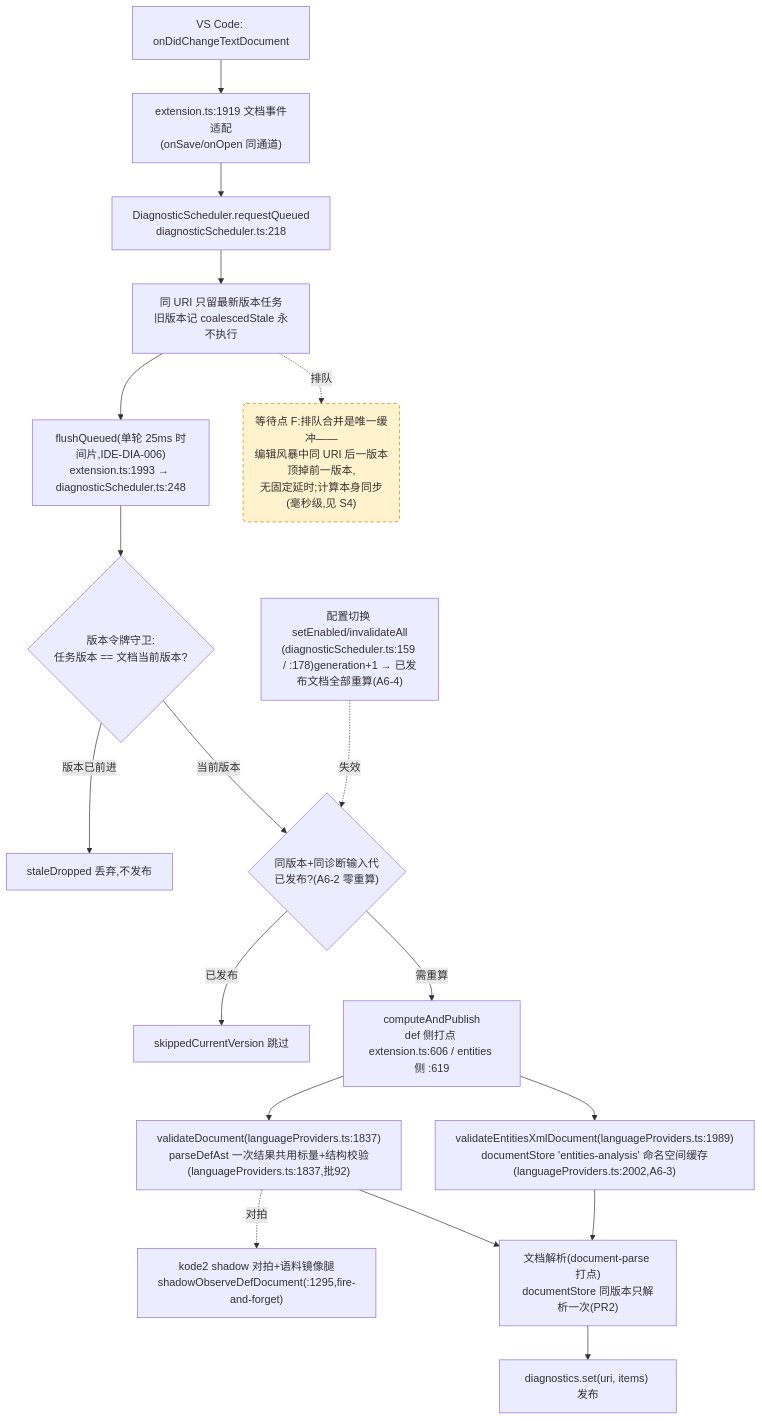
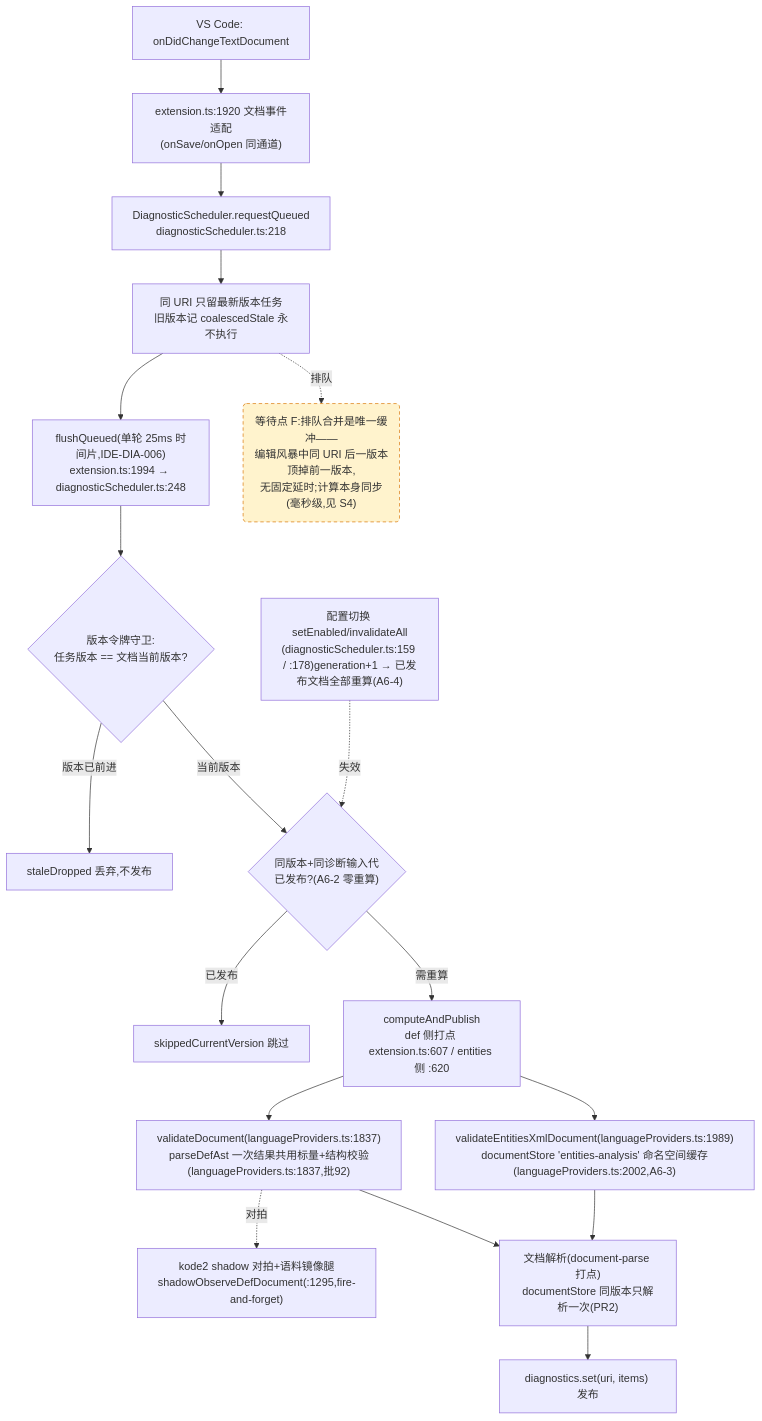
One commit to cuihairu/kode changed the fourth of 4 diagrams in docs/perf/2026-baseline.md. Above: the diagram before and after it, drawn with Mermaid. The commit also changed other lines of this file and 1 other file, not shown here.

Commit message:
test: roll extension.ts perf anchors after hot-lane edits
The hot-lane commits (RT-3 shared def gate, RT-9 channel applied verify)
added 1 import line before all §7 anchors and two wiring blocks after them,
shifting every extension.ts anchor by +1. Roll the nine anchor line numbers
in tests/perfCallChainDoc.test.ts and docs/perf/2026-baseline.md citations
in lockstep (965/1016/1079/883/1377/606/619/1919/1993 -> 966/1017/1080/884/
1378/607/620/1920/1994).

````diff
--- a/docs/perf/2026-baseline.md
+++ b/docs/perf/2026-baseline.md
@@ -214,38 +214,38 @@
 ```mermaid
 flowchart TD
   CHG["VS Code: onDidChangeTextDocument"]
-  WATCH["extension.ts:1919 文档事件适配<br/>(onSave/onOpen 同通道)"]
+  WATCH["extension.ts:1920 文档事件适配<br/>(onSave/onOpen 同通道)"]
   RQ["DiagnosticScheduler.requestQueued<br/>diagnosticScheduler.ts:218"]
   CO["同 URI 只留最新版本任务<br/>旧版本记 coalescedStale 永不执行"]
-  FL["flushQueued(单轮 25ms 时间片,IDE-DIA-006)<br/>extension.ts:1993 → diagnosticScheduler.ts:248"]
+  FL["flushQueued(单轮 25ms 时间片,IDE-DIA-006)<br/>extension.ts:1994 → diagnosticScheduler.ts:248"]
   VG{"版本令牌守卫:<br/>任务版本 == 文档当前版本?"}
   DROP["staleDropped 丢弃,不发布"]
   GEN{"同版本+同诊断输入代<br/>已发布?(A6-2 零重算)"}
   SKIP["skippedCurrentVersion 跳过"]
-  CALC["computeAndPublish<br/>def 侧打点 extension.ts:606 / entities 侧 :619"]
+  CALC["computeAndPublish<br/>def 侧打点 extension.ts:607 / entities 侧 :620"]
   VD["validateDocument(languageProviders.ts:1837)<br/>parseDefAst 一次结果共用标量+结构校验(languageProviders.ts:1837,批92)"]
   VEX["validateEntitiesXmlDocument(languageProviders.ts:1989)<br/>documentStore 'entities-analysis' 命名空间缓存(languageProviders.ts:2002,A6-3)"]
   SHDD["kode2 shadow 对拍+语料镜像腿<br/>shadowObserveDefDocument(:1295,fire-and-forget)"]
   DS["文档解析(document-parse 打点)<br/>documentStore 同版本只解析一次(PR2)"]
   PUB["diagnostics.set(uri, items) 发布"]
   CFG2["配置切换 setEnabled/invalidateAll<br/>(diagnosticScheduler.ts:159 / :178)generation+1 → 已发布文档全部重算(A6-4)"]
 
   CHG --> WATCH --> RQ --> CO --> FL --> VG
   VG -- "版本已前进" --> DROP
   VG -- "当前版本" --> GEN
   GEN -- "已发布" --> SKIP
   GEN -- "需重算" --> CALC
   CALC --> VD
   CALC --> VEX
   VD --> DS
   VEX --> DS
   DS --> PUB
   VD -.->|对拍| SHDD
   CFG2 -.->|失效| GEN
 
   WAITF("等待点 F:排队合并是唯一缓冲——<br/>编辑风暴中同 URI 后一版本顶掉前一版本,<br/>无固定延时;计算本身同步(毫秒级,见 S4)")
   CO -.->|排队| WAITF
 
   classDef waitPoint fill:#fff3cd,stroke:#d97706,stroke-dasharray:5 4;
   class WAITF waitPoint;
 ```
````
